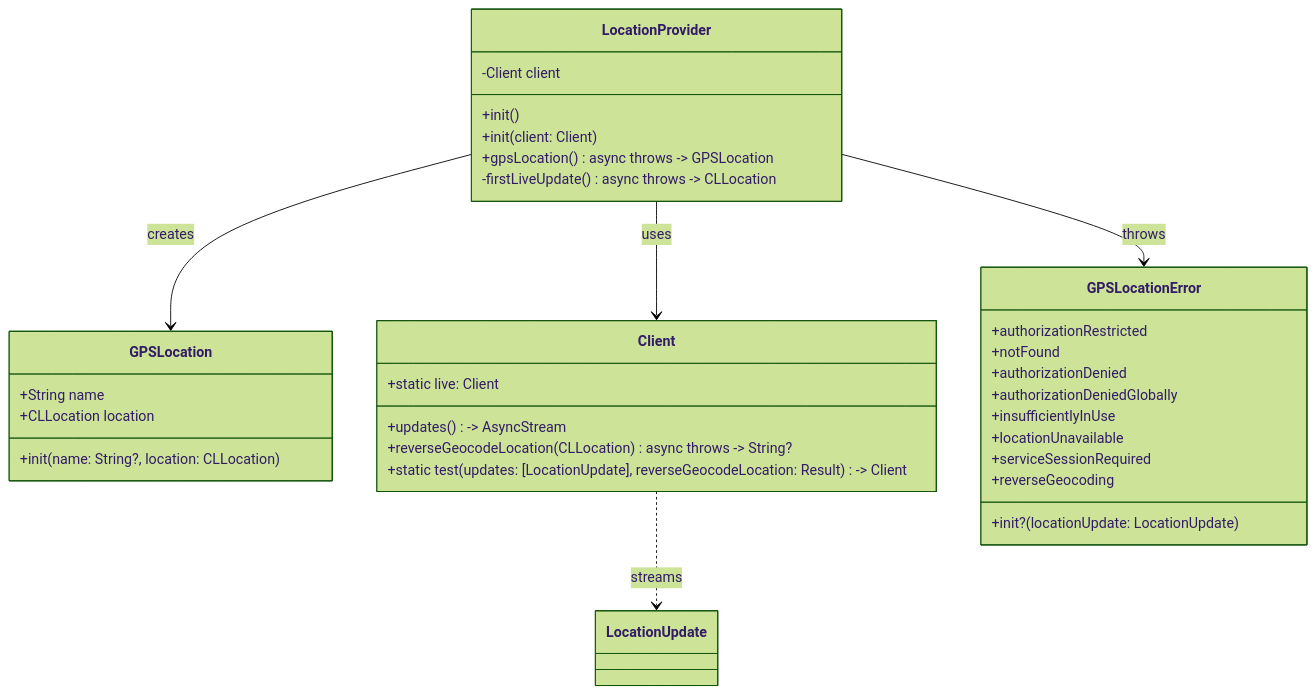
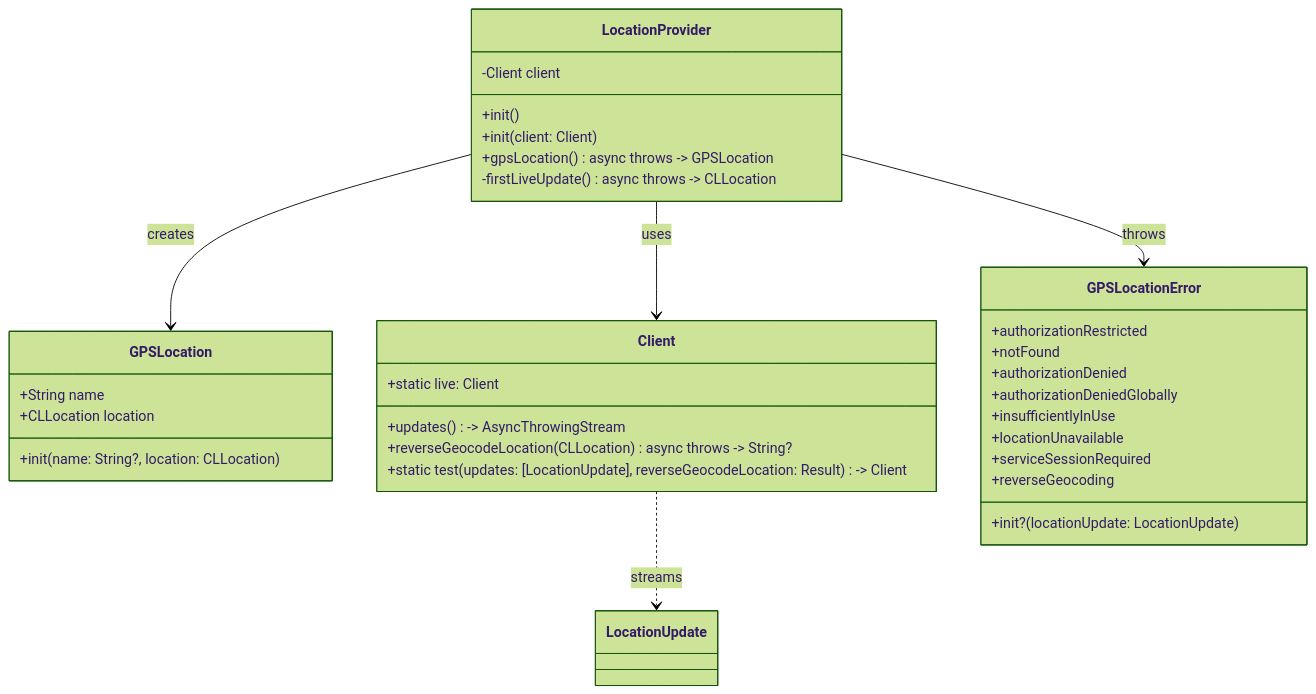
Before and after one commit to kraigspear/LocationProvider: the first of 3 diagrams in Technical.md, drawn with Mermaid (forest theme). The commit also changed 11 other files, not shown here.

````diff
--- a/Technical.md
+++ b/Technical.md
@@ -11,40 +11,40 @@
 ```mermaid
 classDiagram
     class LocationProvider {
         -Client client
         +init()
         +init(client: Client)
         +gpsLocation() async throws -> GPSLocation
         -firstLiveUpdate() async throws -> CLLocation
     }
     
     class GPSLocation {
         +String name
         +CLLocation location
         +init(name: String?, location: CLLocation)
     }
     
     class Client {
-        +updates() -> AsyncStream<LocationUpdate>
+        +updates() -> AsyncThrowingStream<LocationUpdate, Error>
         +reverseGeocodeLocation(CLLocation) async throws -> String?
         +static live: Client
         +static test(updates: [LocationUpdate], reverseGeocodeLocation: Result<String?, Error>) -> Client
     }
     
     class GPSLocationError {
         +authorizationRestricted
         +notFound
         +authorizationDenied
         +authorizationDeniedGlobally
         +insufficientlyInUse
         +locationUnavailable
         +serviceSessionRequired
         +reverseGeocoding
         +init?(locationUpdate: LocationUpdate)
     }
     
     LocationProvider --> Client : uses
     LocationProvider --> GPSLocation : creates
     LocationProvider --> GPSLocationError : throws
     Client ..> LocationUpdate : streams
 ```
````
